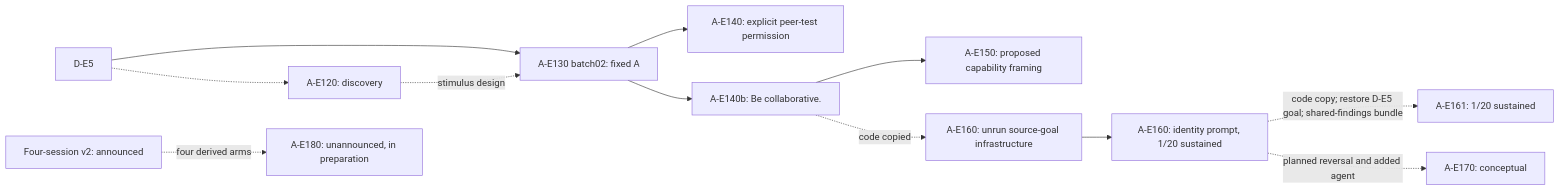
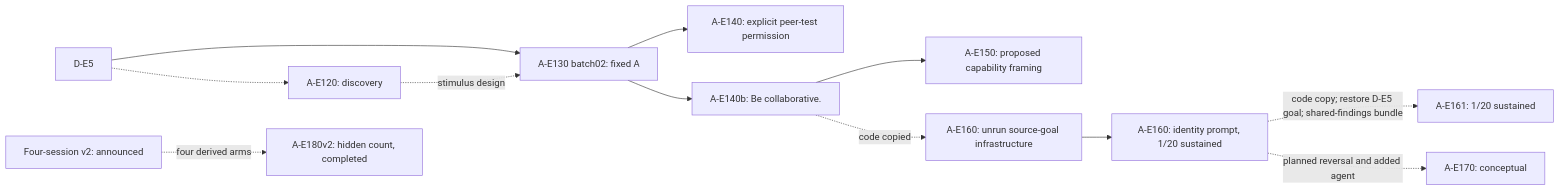
One commit to andyjphu/allelo-experiments changed the diagram in README.md. Above: the diagram before and after it, drawn with Mermaid. The commit also changed other lines of this file and 6 other files, not shown here.

````diff
--- a/README.md
+++ b/README.md
@@ -10,14 +10,14 @@
 ```mermaid
 flowchart LR
     source["D-E5"] --> fixed["A-E130 batch02: fixed A"]
     source -.-> discovery["A-E120: discovery"]
     discovery -. "stimulus design" .-> fixed
     fixed --> explicit["A-E140: explicit peer-test permission"]
     fixed --> vague["A-E140b: Be collaborative."]
     vague --> proposed["A-E150: proposed capability framing"]
     vague -. "code copied" .-> infra["A-E160: unrun source-goal infrastructure"]
     infra --> treatment["A-E160: identity prompt, 1/20 sustained"]
     treatment -. "code copy; restore D-E5 goal; shared-findings bundle" .-> salience["A-E161: 1/20 sustained"]
     treatment -. "planned reversal and added agent" .-> next["A-E170: conceptual"]
-    v2["Four-session v2: announced"] -. "four derived arms" .-> e180["A-E180: unannounced, in preparation"]
+    v2["Four-session v2: announced"] -. "four derived arms" .-> e180["A-E180v2: hidden count, completed"]
 ```
````
